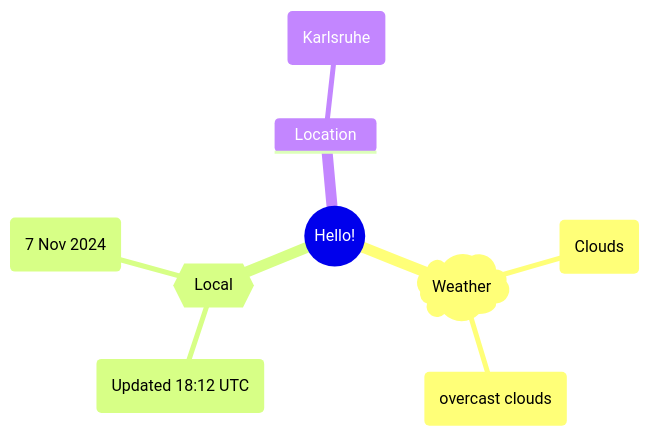
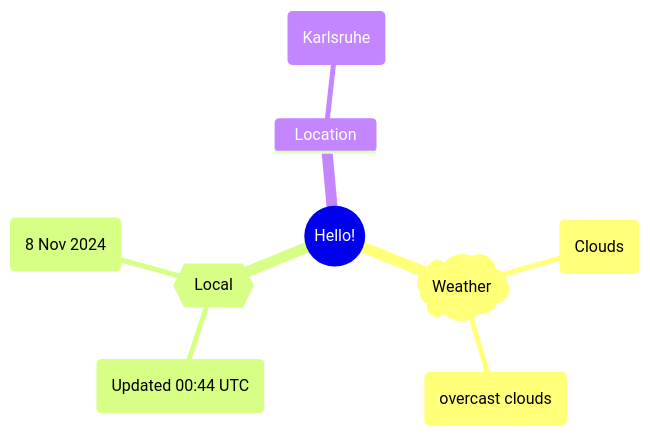
One commit to Xosrov/Xosrov changed the first of 2 diagrams in README.md. Above: the diagram before and after it, drawn with Mermaid.

Commit message:
[bot] updated images

````diff
--- a/README.md
+++ b/README.md
@@ -3,12 +3,12 @@
 ```mermaid
 mindmap
   root((Hello!))
     )Weather(
         (Clouds)
         (overcast clouds)
     {{Local}}
-        (Updated 18:12 UTC)
-        (7 Nov 2024)
+        (Updated 00:44 UTC)
+        (8 Nov 2024)
     Location
         (Karlsruhe)
 ```
````
